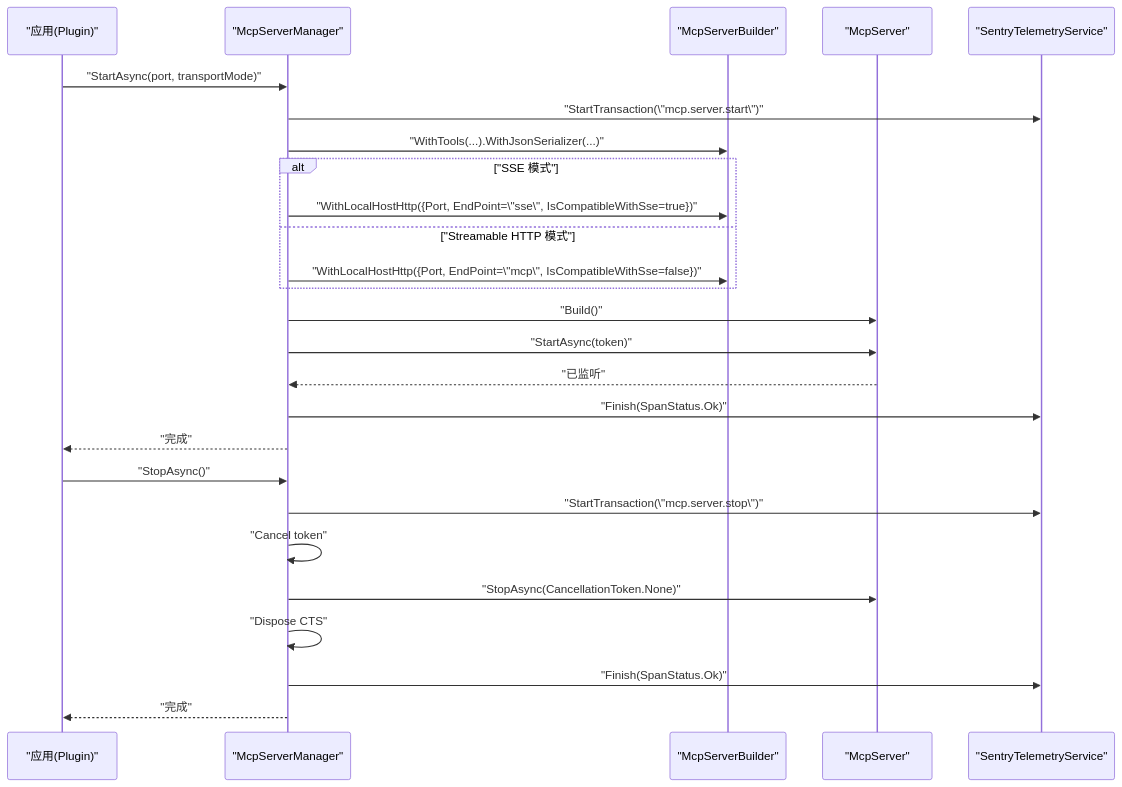
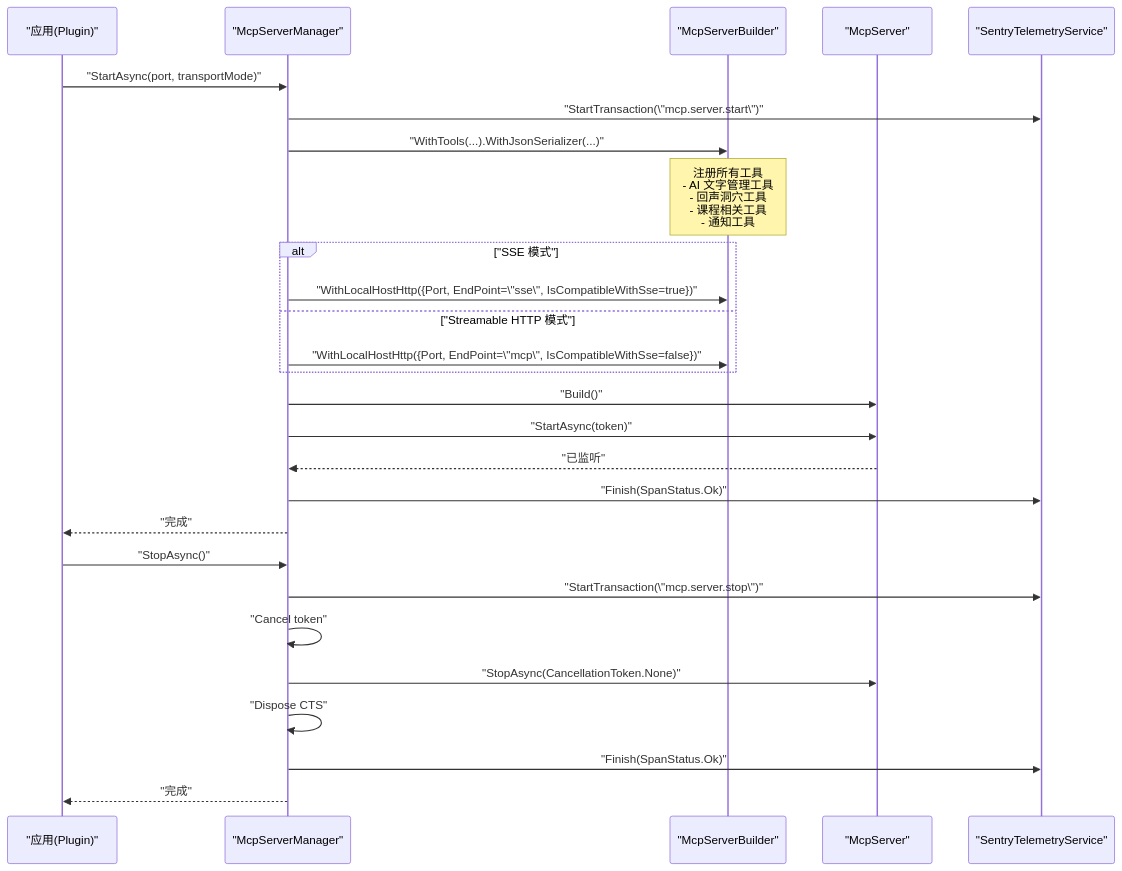
One commit to ShihaoShenDev/AgentIsland changed the second of 4 diagrams in .qoder/repowiki/zh/content/MCP 工具服务/MCP 服务器管理.md. Above: the diagram before and after it, drawn with Mermaid. The commit also changed other lines of this file and 116 other files, not shown here.

````diff
--- a/.qoder/repowiki/zh/content/MCP 工具服务/MCP 服务器管理.md
+++ b/.qoder/repowiki/zh/content/MCP 工具服务/MCP 服务器管理.md
@@ -94,28 +156,29 @@
 ```mermaid
 sequenceDiagram
 participant App as "应用(Plugin)"
 participant Mgr as "McpServerManager"
 participant Builder as "McpServerBuilder"
 participant Server as "McpServer"
 participant Telemetry as "SentryTelemetryService"
 App->>Mgr : "StartAsync(port, transportMode)"
 Mgr->>Telemetry : "StartTransaction(\"mcp.server.start\")"
 Mgr->>Builder : "WithTools(...).WithJsonSerializer(...)"
+Note over Builder : 注册所有工具<br/>- AI 文字管理工具<br/>- 回声洞穴工具<br/>- 课程相关工具<br/>- 通知工具
 alt "SSE 模式"
 Mgr->>Builder : "WithLocalHostHttp({Port, EndPoint=\"sse\", IsCompatibleWithSse=true})"
 else "Streamable HTTP 模式"
 Mgr->>Builder : "WithLocalHostHttp({Port, EndPoint=\"mcp\", IsCompatibleWithSse=false})"
 end
 Mgr->>Server : "Build()"
 Mgr->>Server : "StartAsync(token)"
 Server-->>Mgr : "已监听"
 Mgr->>Telemetry : "Finish(SpanStatus.Ok)"
 Mgr-->>App : "完成"
 App->>Mgr : "StopAsync()"
 Mgr->>Telemetry : "StartTransaction(\"mcp.server.stop\")"
 Mgr->>Mgr : "Cancel token"
 Mgr->>Server : "StopAsync(CancellationToken.None)"
 Mgr->>Mgr : "Dispose CTS"
 Mgr->>Telemetry : "Finish(SpanStatus.Ok)"
 Mgr-->>App : "完成"
 ```
````
